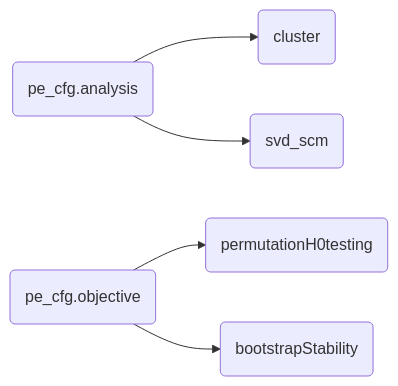
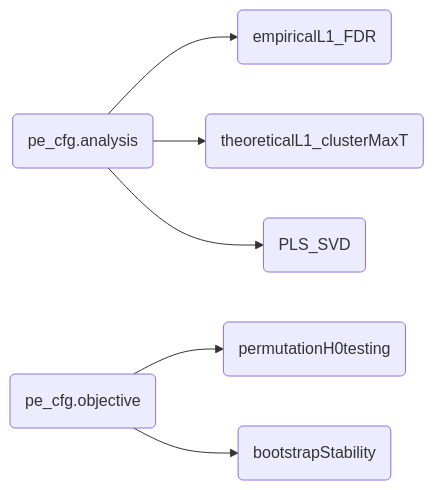
One commit to GermanoGallicchio/PhysioExplorer changed the diagram in README.md. Above: the diagram before and after it, drawn with Mermaid. The commit also changed other lines of this file, not shown here.

````diff
--- a/README.md
+++ b/README.md
@@ -17,15 +20,17 @@
 ```mermaid
   graph LR;
     A(pe_cfg.analysis)
-    B(cluster)
-    C(svd_scm)
-    D(pe_cfg.objective)
-    E(permutationH0testing)
-    F(bootstrapStability)
+    B(empiricalL1_FDR)
+    C(theoreticalL1_clusterMaxT)
+    D(PLS_SVD)
+    E(pe_cfg.objective)
+    F(permutationH0testing)
+    G(bootstrapStability)
 
     A-->B;
     A-->C;
-    D-->E;
-    D-->F;
+    A-->D;
+    E-->F;
+    E-->G;
 
 ```
````
